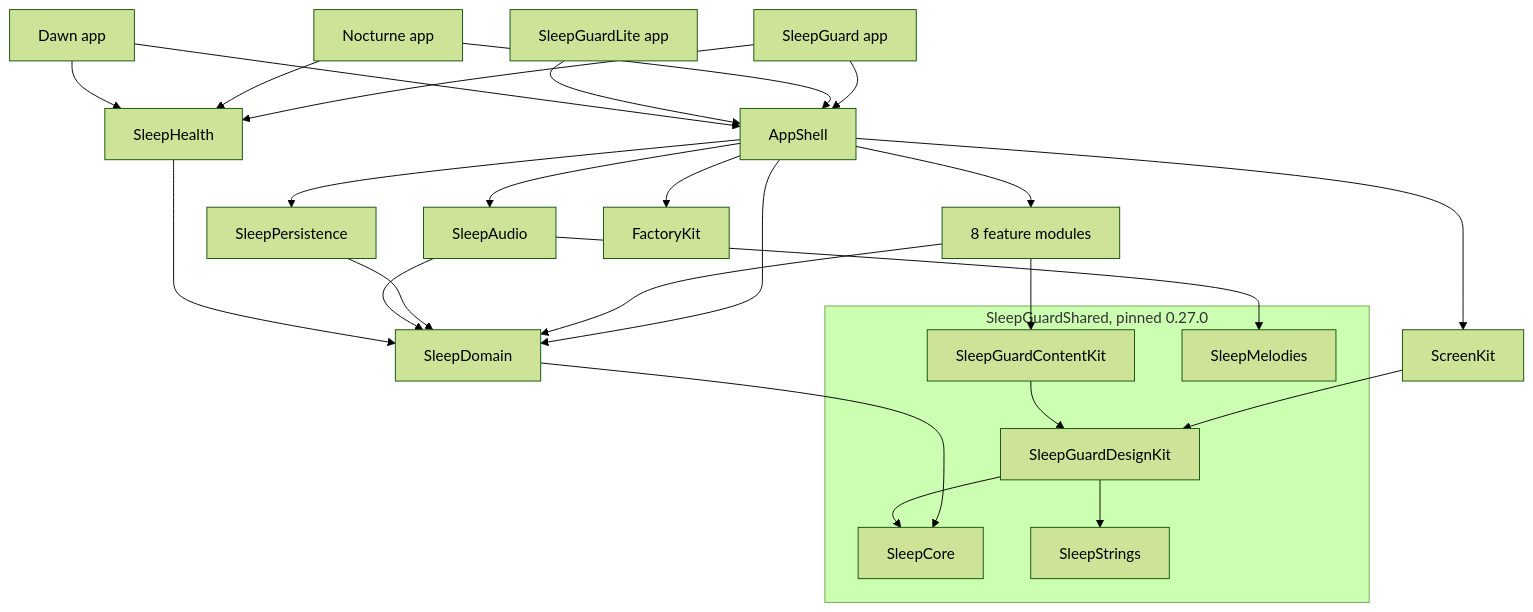
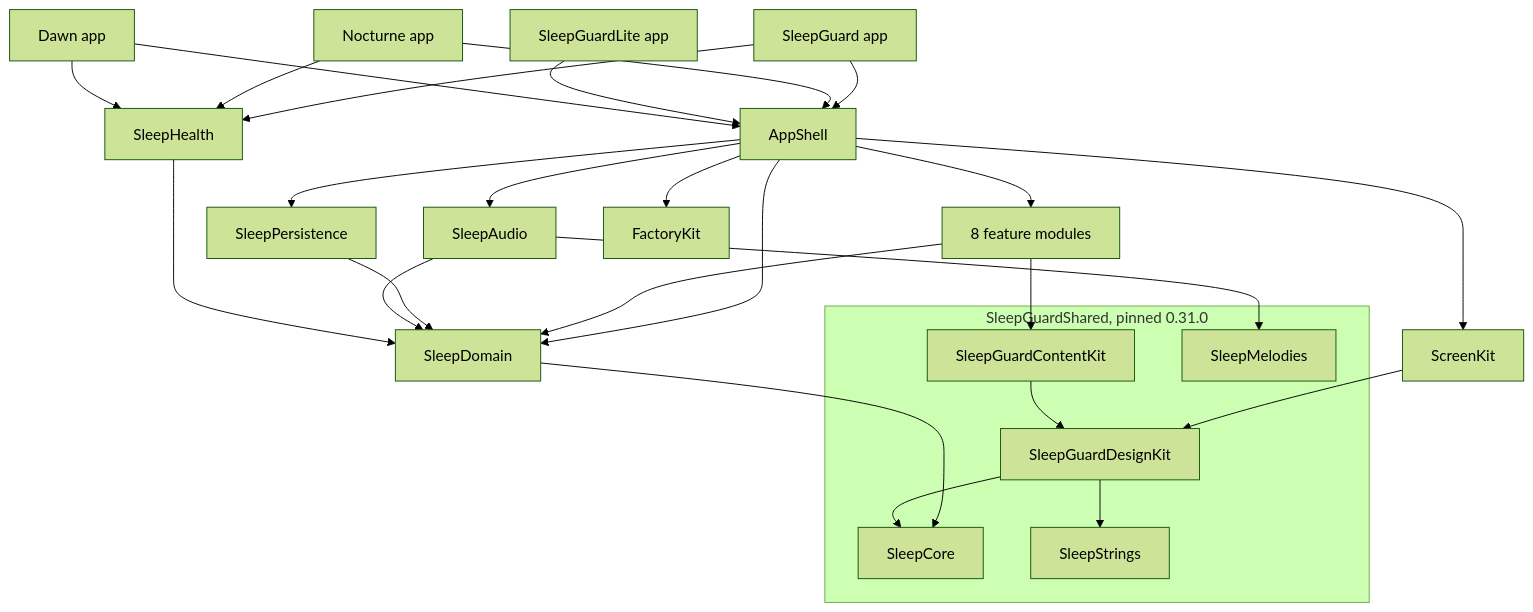
The diagram in docs/ARCHITECTURE.md (dardan0x/SleepGuardUIKitWay), drawn with Mermaid (forest theme) before and after one commit. The commit also changed other lines of this file and 11 other files, not shown here.

````diff
--- a/docs/ARCHITECTURE.md
+++ b/docs/ARCHITECTURE.md
@@ -20,37 +20,37 @@
 ```mermaid
 graph TD
   SG[SleepGuard app] --> AppShell
   NO[Nocturne app] --> AppShell
   LI[SleepGuardLite app] --> AppShell
   DA[Dawn app] --> AppShell
   SG --> SleepHealth
   NO --> SleepHealth
   DA --> SleepHealth
 
   AppShell --> Features[8 feature modules]
   AppShell --> ScreenKit
   AppShell --> SleepPersistence
   AppShell --> SleepAudio
   AppShell --> SleepDomain
   AppShell --> FactoryKit
 
   Features --> SleepDomain
   Features --> ContentKit[SleepGuardContentKit]
   SleepPersistence --> SleepDomain
   SleepAudio --> SleepDomain
   SleepAudio --> SleepMelodies
   SleepHealth --> SleepDomain
   ScreenKit --> DesignKit[SleepGuardDesignKit]
   SleepDomain --> SleepCore
   ContentKit --> DesignKit
   DesignKit --> SleepStrings
   DesignKit --> SleepCore
 
-  subgraph Shared["SleepGuardShared, pinned 0.27.0"]
+  subgraph Shared["SleepGuardShared, pinned 0.31.0"]
     SleepCore
     SleepStrings
     SleepMelodies
     DesignKit
     ContentKit
   end
 ```
````
